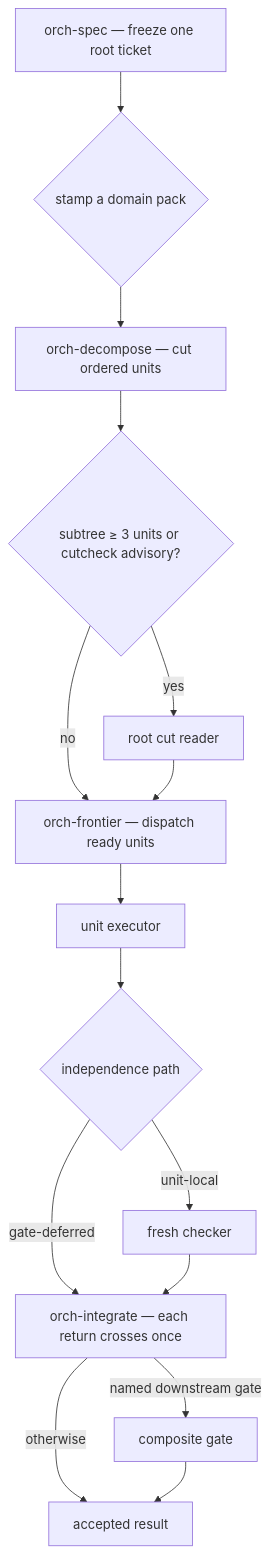
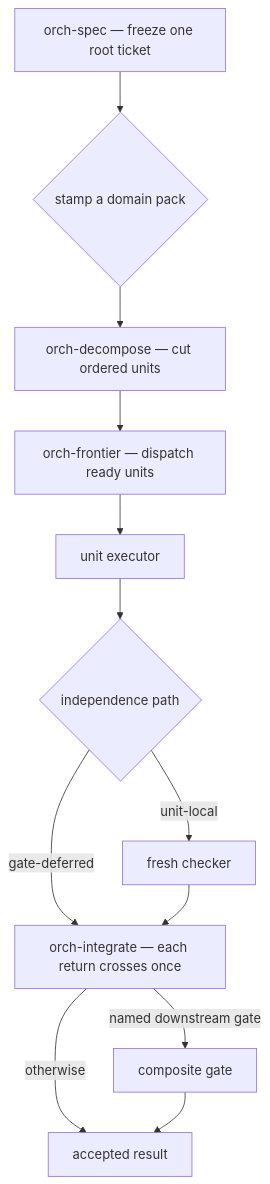
The diagram in README.md (DanMcInerney/orchflows), drawn with Mermaid before and after one commit. The commit also changed 8 other files, not shown here.

````diff
--- a/README.md
+++ b/README.md
@@ -175,17 +175,14 @@
 ```mermaid
 flowchart TD
     spec["orch-spec — freeze one root ticket"] --> pack{"stamp a domain pack"}
     pack --> dec["orch-decompose — cut ordered units"]
-    dec --> cut{"subtree ≥ 3 units or cutcheck advisory?"}
-    cut -->|yes| reader["root cut reader"]
-    cut -->|no| frontier["orch-frontier — dispatch ready units"]
-    reader --> frontier
+    dec --> frontier["orch-frontier — dispatch ready units"]
     frontier --> exec["unit executor"]
     exec --> path{"independence path"}
     path -->|unit-local| checker["fresh checker"]
     path -->|gate-deferred| join["orch-integrate — each return crosses once"]
     checker --> join
     join -->|named downstream gate| gate["composite gate"]
     join -->|otherwise| accepted["accepted result"]
     gate --> accepted
 ```
````
